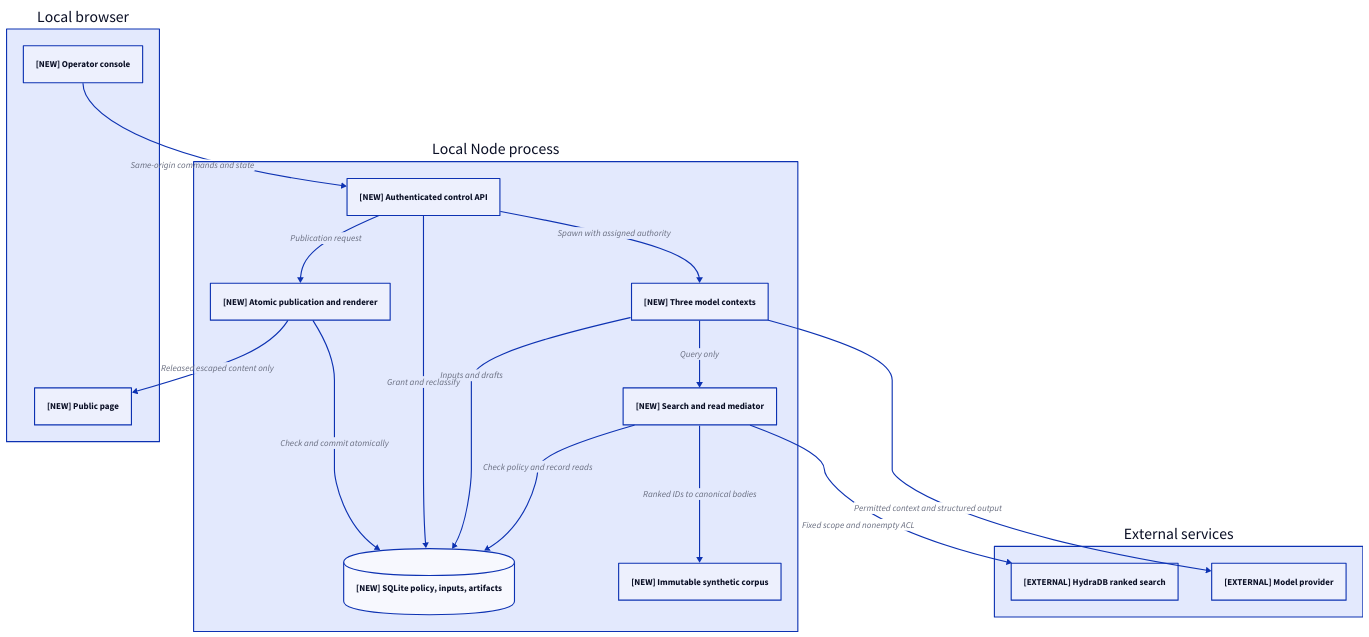
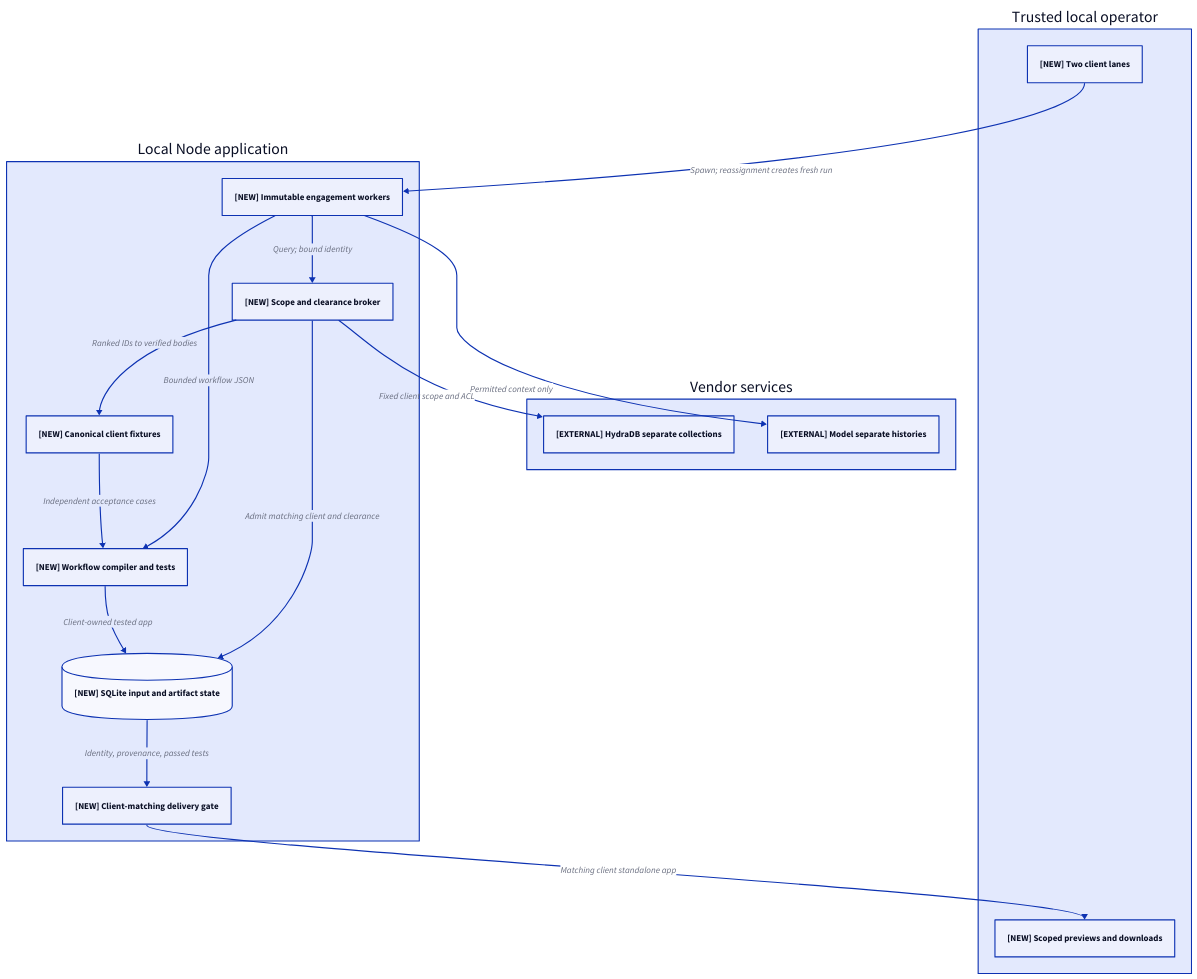
The diagram in docs/specs/prototype/architecture.d2 (Trevillyan-Labs/clearance), drawn with D2 before and after one commit. The commit also changed 11 other files, not shown here.

Commit message:
Reframe Clearance around isolated client software factories

```diff
--- a/docs/specs/prototype/architecture.d2
+++ b/docs/specs/prototype/architecture.d2
@@ -1,29 +1,28 @@
 direction: down
-browser: "Local browser" {
- console: "[NEW] Operator console"
- public: "[NEW] Public page"
+browser: "Trusted local operator" {
+ console: "[NEW] Two client lanes"
+ previews: "[NEW] Scoped previews and downloads"
 }
-host: "Local Node process" {
- api: "[NEW] Authenticated control API"
- workers: "[NEW] Three model contexts"
- broker: "[NEW] Search and read mediator"
- state: "[NEW] SQLite policy, inputs, artifacts" {shape: cylinder}
- fixtures: "[NEW] Immutable synthetic corpus"
- publish: "[NEW] Atomic publication and renderer"
+host: "Local Node application" {
+ runs: "[NEW] Immutable engagement workers"
+ broker: "[NEW] Scope and clearance broker"
+ state: "[NEW] SQLite input and artifact state" {shape: cylinder}
+ fixtures: "[NEW] Canonical client fixtures"
+ compiler: "[NEW] Workflow compiler and tests"
+ delivery: "[NEW] Client-matching delivery gate"
 }
-external: "External services" {
- hydra: "[EXTERNAL] HydraDB ranked search"
- model: "[EXTERNAL] Model provider"
+external: "Vendor services" {
+ hydra: "[EXTERNAL] HydraDB separate collections"
+ model: "[EXTERNAL] Model separate histories"
 }
-browser.console -> host.api: "Same-origin commands and state"
-host.api -> host.workers: "Spawn with assigned authority"
-host.workers -> host.broker: "Query only"
-host.broker -> external.hydra: "Fixed scope and nonempty ACL"
-host.broker -> host.fixtures: "Ranked IDs to canonical bodies"
-host.broker -> host.state: "Check policy and record reads"
-host.workers -> external.model: "Permitted context and structured output"
-host.workers -> host.state: "Inputs and drafts"
-host.api -> host.state: "Grant and reclassify"
-host.api -> host.publish: "Publication request"
-host.publish -> host.state: "Check and commit atomically"
-host.publish -> browser.public: "Released escaped content only"
+browser.console -> host.runs: "Spawn; reassignment creates fresh run"
+host.runs -> host.broker: "Query; bound identity"
+host.broker -> external.hydra: "Fixed client scope and ACL"
+host.broker -> host.fixtures: "Ranked IDs to verified bodies"
+host.broker -> host.state: "Admit matching client and clearance"
+host.runs -> external.model: "Permitted context only"
+host.runs -> host.compiler: "Bounded workflow JSON"
+host.fixtures -> host.compiler: "Independent acceptance cases"
+host.compiler -> host.state: "Client-owned tested app"
+host.state -> host.delivery: "Identity, provenance, passed tests"
+host.delivery -> browser.previews: "Matching client standalone app"
```
